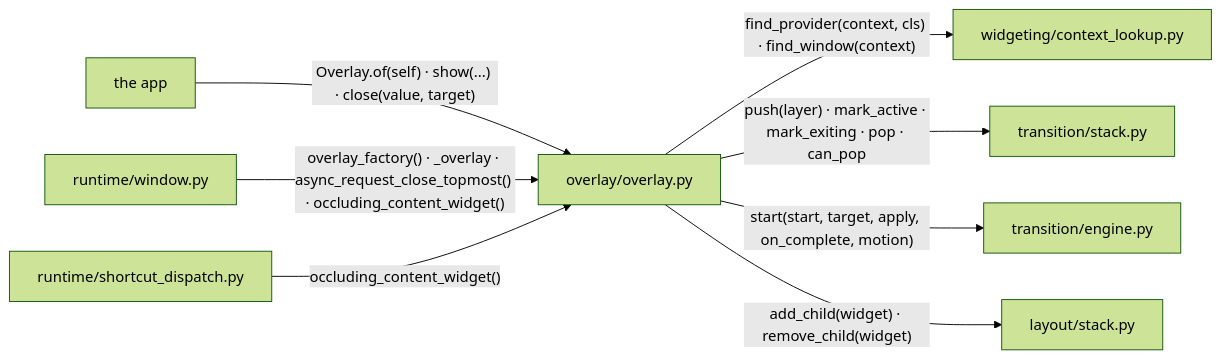
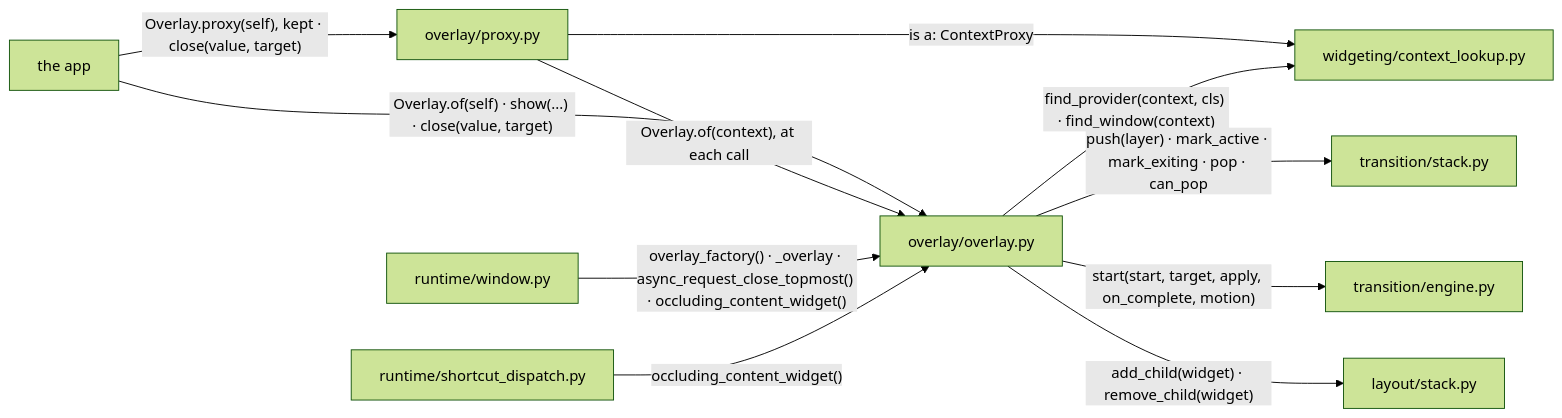
Before and after one commit to yuksblog/nuiitivet: the second of 9 diagrams in docs/design/OVERLAY.md, drawn with Mermaid (forest theme). The commit also changed other lines of this file and 41 other files, not shown here.

````diff
--- a/docs/design/OVERLAY.md
+++ b/docs/design/OVERLAY.md
@@ -56,19 +56,23 @@
 ```mermaid
 flowchart LR
     overlay[overlay/overlay.py]
+    proxy[overlay/proxy.py]
     stackrt[transition/stack.py]
     engine[transition/engine.py]
     layout[layout/stack.py]
     window[runtime/window.py]
     lookup[widgeting/context_lookup.py]
     shortcuts[runtime/shortcut_dispatch.py]
     app[the app]
 
     app -- "Overlay.of(self) · show(...) · close(value, target)" --> overlay
+    app -- "Overlay.proxy(self), kept · close(value, target)" --> proxy
+    proxy -- "Overlay.of(context), at each call" --> overlay
+    proxy -- "is a: ContextProxy" --> lookup
     overlay -- "find_provider(context, cls) · find_window(context)" --> lookup
     window -- "overlay_factory() · _overlay · async_request_close_topmost() · occluding_content_widget()" --> overlay
     overlay -- "push(layer) · mark_active · mark_exiting · pop · can_pop" --> stackrt
     overlay -- "start(start, target, apply, on_complete, motion)" --> engine
     overlay -- "add_child(widget) · remove_child(widget)" --> layout
     shortcuts -- "occluding_content_widget()" --> overlay
 ```
````
